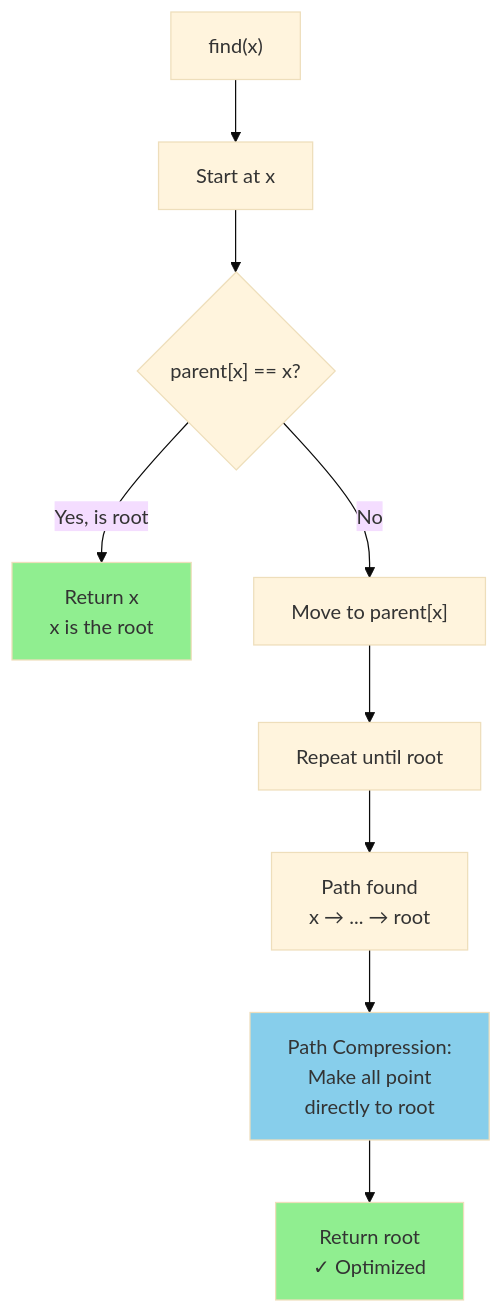
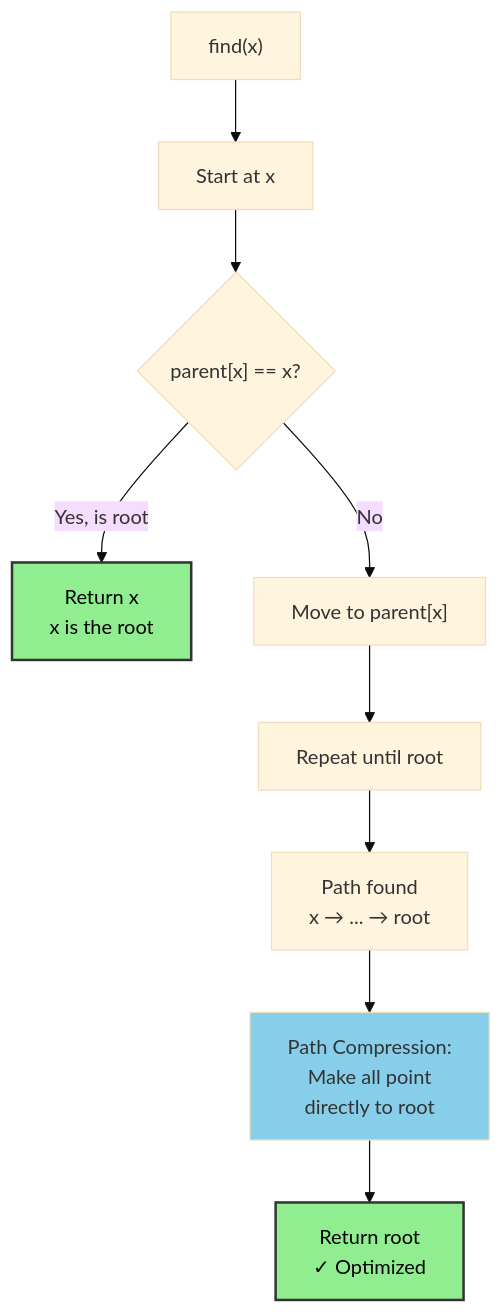
The second of 4 diagrams in docs/advanced/union_find.md (souradeepta/interviewprep), drawn with Mermaid (base theme) before and after one commit. The commit also changed other lines of this file and 31 other files, not shown here.

Commit message:
updated graphs

````diff
--- a/docs/advanced/union_find.md
+++ b/docs/advanced/union_find.md
@@ -46,15 +46,15 @@
 ```mermaid
 graph TD
     A["find(x)"] --> B["Start at x"]
     B --> C{"parent[x] == x?"}
     C -->|Yes, is root| D["Return x<br/>x is the root"]
     C -->|No| E["Move to parent[x]"]
     E --> F["Repeat until root"]
     F --> G["Path found<br/>x → ... → root"]
     G --> H["Path Compression:<br/>Make all point<br/>directly to root"]
     H --> I["Return root<br/>✓ Optimized"]
     
-    style D fill:#90EE90
-    style I fill:#90EE90
+    style D fill:#90ee90,color:#000,stroke:#333,stroke-width:2px
+    style I fill:#90ee90,color:#000,stroke:#333,stroke-width:2px
     style H fill:#87CEEB
 ```
````
